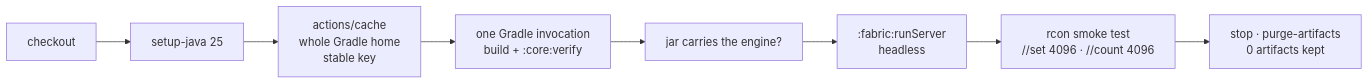
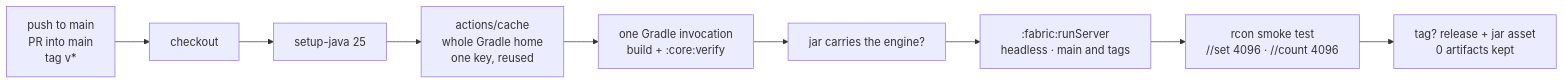
The second of 2 diagrams in README.md (MaxLananas/FAWE-ButInMods), drawn with Mermaid before and after one commit. The commit also changed other lines of this file and 2 other files, not shown here.

First line of the commit message:
docs: the 26.3 release notes, the README and the notice

````diff
--- a/README.md
+++ b/README.md
@@ -252,10 +252,11 @@
 ```mermaid
 flowchart LR
-    A[checkout] --> B[setup-java 25]
-    B --> C["actions/cache<br/>whole Gradle home<br/>stable key"]
-    C --> D["one Gradle invocation<br/>build + :core:verify"]
-    D --> E["jar carries the engine?"]
-    E --> F[":fabric:runServer<br/>headless"]
-    F --> G["rcon smoke test<br/>//set 4096 · //count 4096"]
-    G --> H["stop · purge-artifacts<br/>0 artifacts kept"]
+    A["push to main<br/>PR into main<br/>tag v*"] --> B[checkout]
+    B --> C[setup-java 25]
+    C --> D["actions/cache<br/>whole Gradle home<br/>one key, reused"]
+    D --> E["one Gradle invocation<br/>build + :core:verify"]
+    E --> F["jar carries the engine?"]
+    F --> G[":fabric:runServer<br/>headless · main and tags"]
+    G --> H["rcon smoke test<br/>//set 4096 · //count 4096"]
+    H --> I["tag? release + jar asset<br/>0 artifacts kept"]
 ```
````
